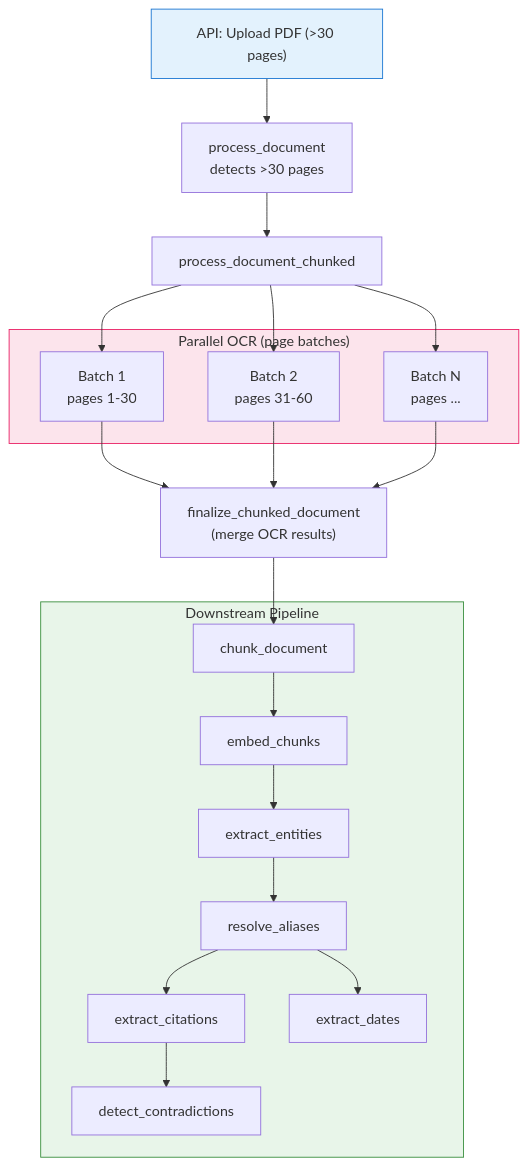
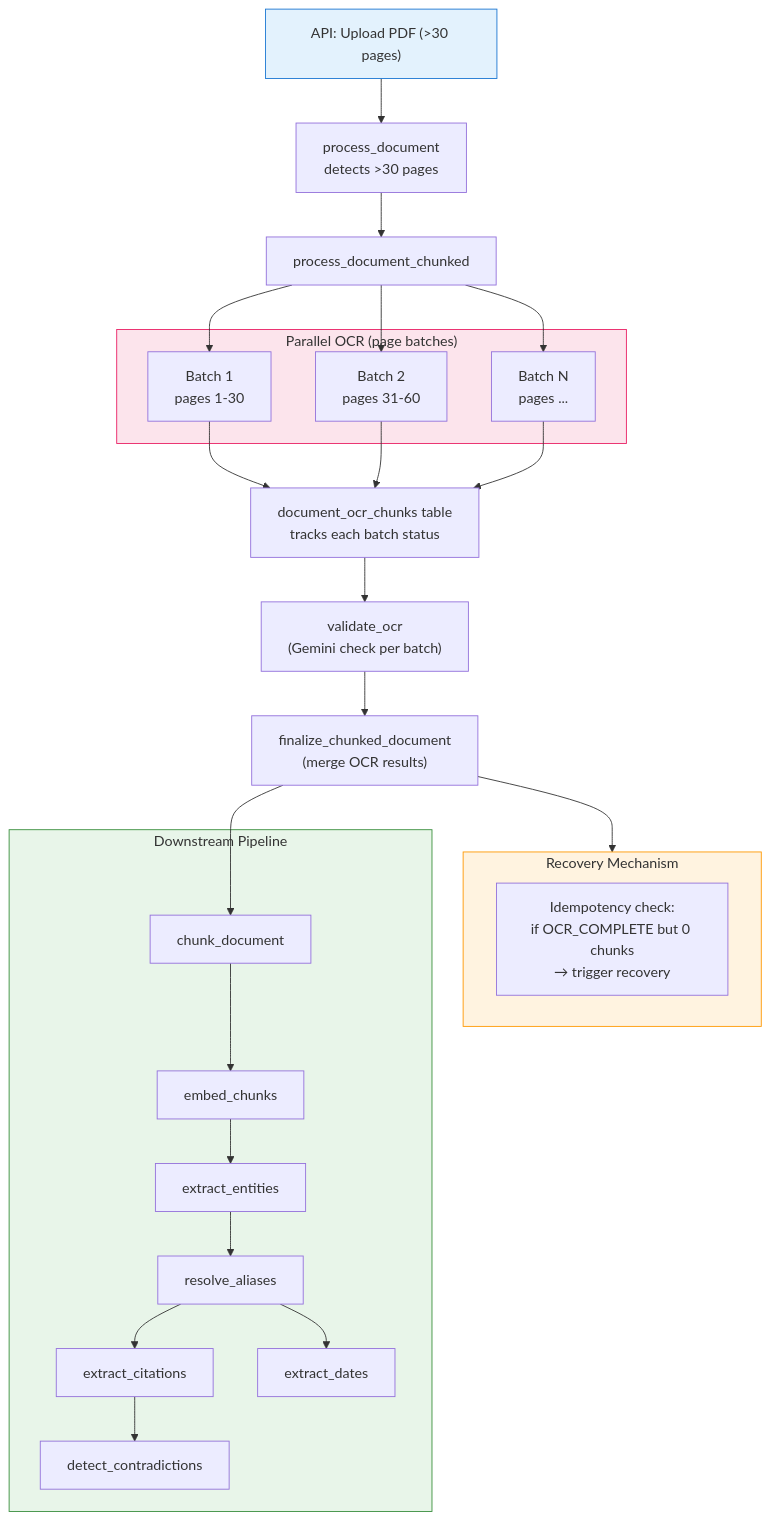
The fourth of 11 diagrams in docs/architecture-diagrams.md (juhinebhnani4/LDIP), drawn with Mermaid before and after one commit. The commit also changed other lines of this file, not shown here.

First line of the commit message:
docs: update architecture diagrams with full codebase coverage

````diff
--- a/docs/architecture-diagrams.md
+++ b/docs/architecture-diagrams.md
@@ -206,35 +226,44 @@
 ```mermaid
 graph TB
     UPLOAD2["API: Upload PDF (>30 pages)"]
     DETECT["process_document<br/>detects >30 pages"]
     CHUNKED["process_document_chunked"]
 
     subgraph PARALLEL_OCR["Parallel OCR (page batches)"]
         B1["Batch 1<br/>pages 1-30"]
         B2["Batch 2<br/>pages 31-60"]
         BN["Batch N<br/>pages ..."]
     end
 
+    TRACK["document_ocr_chunks table<br/>tracks each batch status"]
+    VALIDATE["validate_ocr<br/>(Gemini check per batch)"]
     FINALIZE["finalize_chunked_document<br/>(merge OCR results)"]
+
+    subgraph RECOVERY["Recovery Mechanism"]
+        IDEMPOTENT["Idempotency check:<br/>if OCR_COMPLETE but 0 chunks<br/>→ trigger recovery"]
+    end
 
     subgraph DOWNSTREAM["Downstream Pipeline"]
         CHUNK2["chunk_document"]
         EMBED2["embed_chunks"]
         ENTITY2["extract_entities"]
         ALIAS2["resolve_aliases"]
         CIT2["extract_citations"]
         CONTRA2["detect_contradictions"]
         DATES2["extract_dates"]
     end
 
     UPLOAD2 --> DETECT --> CHUNKED
     CHUNKED --> B1 & B2 & BN
-    B1 & B2 & BN --> FINALIZE
+    B1 & B2 & BN --> TRACK
+    TRACK --> VALIDATE --> FINALIZE
+    FINALIZE --> RECOVERY
     FINALIZE --> CHUNK2 --> EMBED2 --> ENTITY2 --> ALIAS2
     ALIAS2 --> CIT2 & DATES2
     CIT2 --> CONTRA2
 
     style UPLOAD2 fill:#e3f2fd,stroke:#1976D2
     style PARALLEL_OCR fill:#fce4ec,stroke:#E91E63
     style DOWNSTREAM fill:#e8f5e9,stroke:#388E3C
+    style RECOVERY fill:#fff3e0,stroke:#FF9800
 ```
````
